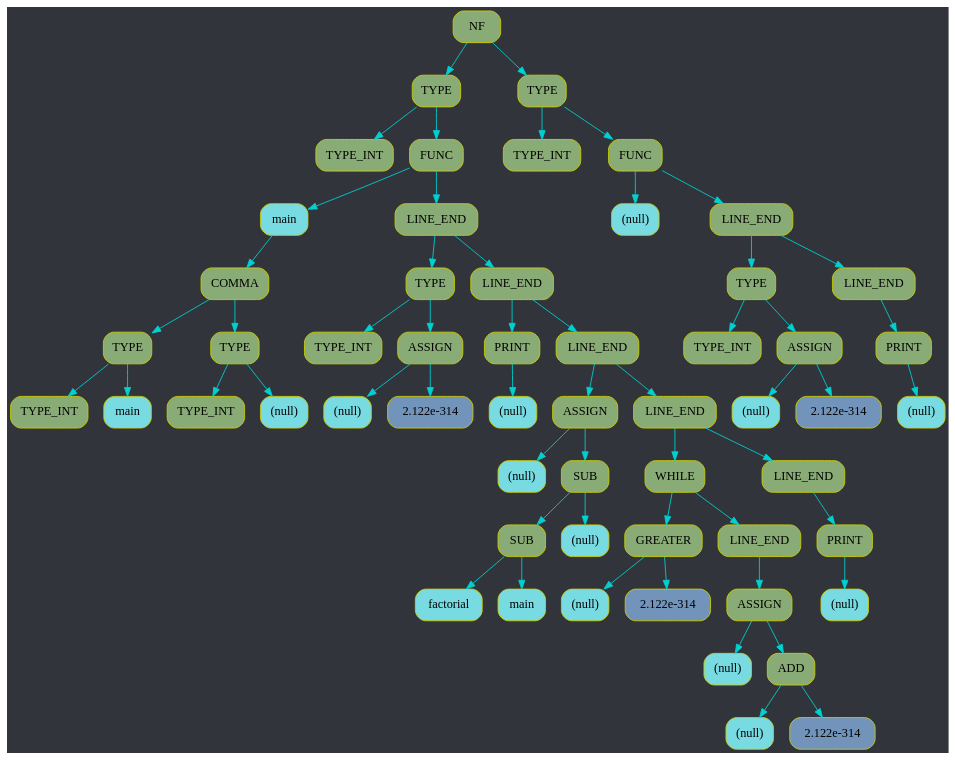
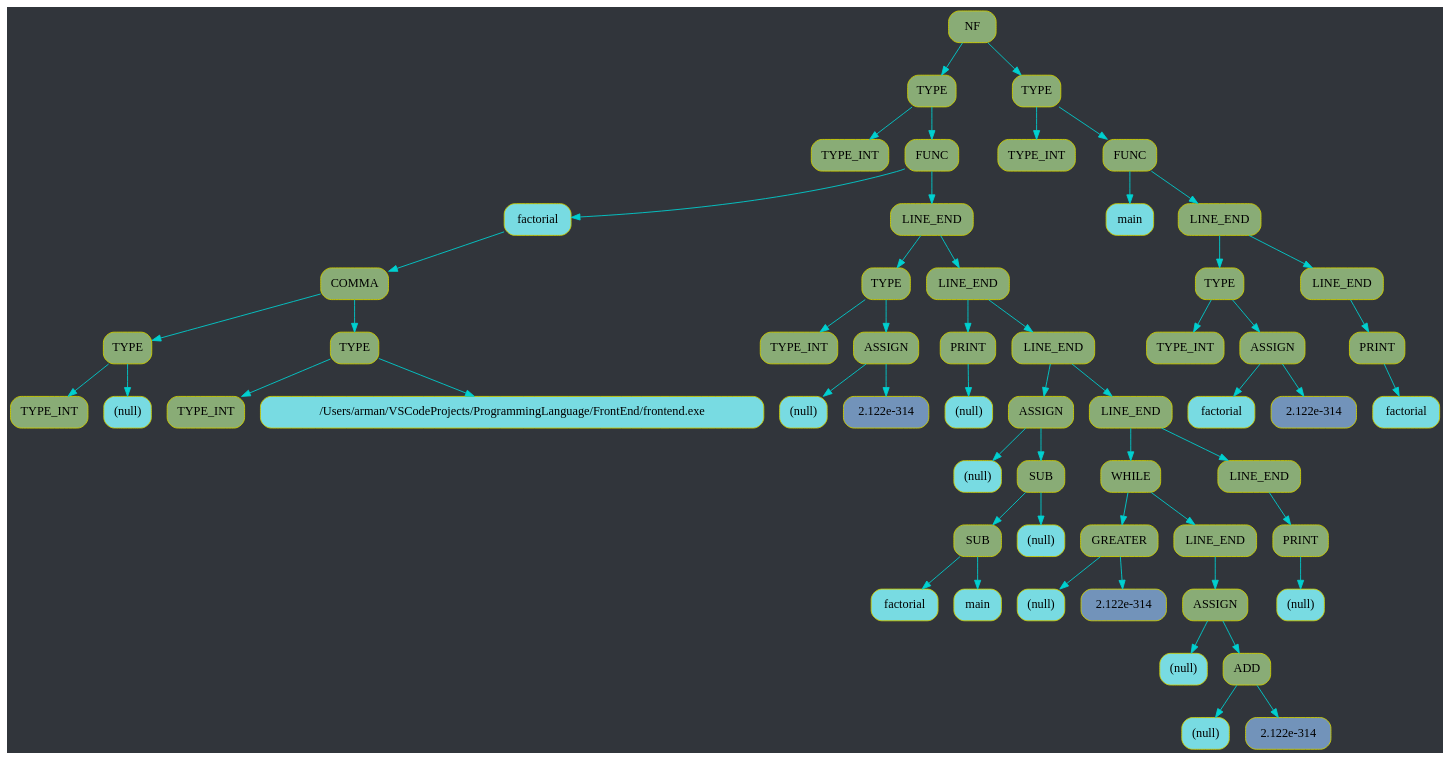
The diagram in FrontEnd/treeHandler.dot (d3clane/ProgrammingLanguage), drawn with Graphviz before and after one commit. The commit also changed 26 other files, not shown here.

```diff
--- a/FrontEnd/treeHandler.dot
+++ b/FrontEnd/treeHandler.dot
@@ -2,171 +2,171 @@
 rankdir=TB;
 graph [bgcolor="#31353b"];
 edge[color="#00D0D0"];
-node0x1456164b0[shape=Mrecord, style=filled, fillcolor="#89AC76", label = "NF", color = "#D0D000"];
-node0x1456162c0[shape=Mrecord, style=filled, fillcolor="#89AC76", label = "TYPE", color = "#D0D000"];
-node0x145615cd0[shape=Mrecord, style=filled, fillcolor="#89AC76", label = "TYPE_INT", color = "#D0D000"];
-node0x145615d20[shape=Mrecord, style=filled, fillcolor="#89AC76", label = "FUNC", color = "#D0D000"];
-node0x145615d00[shape=Mrecord, style=filled, fillcolor="#78DBE2", label = "main", color = "#D0D000"];
-node0x145615e20[shape=Mrecord, style=filled, fillcolor="#89AC76", label = "COMMA", color = "#D0D000"];
-node0x145615d90[shape=Mrecord, style=filled, fillcolor="#89AC76", label = "TYPE", color = "#D0D000"];
-node0x145615d40[shape=Mrecord, style=filled, fillcolor="#89AC76", label = "TYPE_INT", color = "#D0D000"];
-node0x145615d70[shape=Mrecord, style=filled, fillcolor="#78DBE2", label = "main", color = "#D0D000"];
-node0x145615e00[shape=Mrecord, style=filled, fillcolor="#89AC76", label = "TYPE", color = "#D0D000"];
-node0x145615db0[shape=Mrecord, style=filled, fillcolor="#89AC76", label = "TYPE_INT", color = "#D0D000"];
-node0x145615de0[shape=Mrecord, style=filled, fillcolor="#78DBE2", label = "(null)", color = "#D0D000"];
-node0x145615e40[shape=Mrecord, style=filled, fillcolor="#89AC76", label = "LINE_END", color = "#D0D000"];
-node0x145615ef0[shape=Mrecord, style=filled, fillcolor="#89AC76", label = "TYPE", color = "#D0D000"];
-node0x145615e60[shape=Mrecord, style=filled, fillcolor="#89AC76", label = "TYPE_INT", color = "#D0D000"];
-node0x145615ed0[shape=Mrecord, style=filled, fillcolor="#89AC76", label = "ASSIGN", color = "#D0D000"];
-node0x145615e90[shape=Mrecord, style=filled, fillcolor="#78DBE2", label = "(null)", color = "#D0D000"];
-node0x145615eb0[shape=Mrecord, style=filled, fillcolor="#7293ba", label = "2.122e-314", color = "#D0D000"];
-node0x145615f10[shape=Mrecord, style=filled, fillcolor="#89AC76", label = "LINE_END", color = "#D0D000"];
-node0x145615f60[shape=Mrecord, style=filled, fillcolor="#89AC76", label = "PRINT", color = "#D0D000"];
-node0x145615f40[shape=Mrecord, style=filled, fillcolor="#78DBE2", label = "(null)", color = "#D0D000"];
-node0x145615f80[shape=Mrecord, style=filled, fillcolor="#89AC76", label = "LINE_END", color = "#D0D000"];
-node0x1456160a0[shape=Mrecord, style=filled, fillcolor="#89AC76", label = "ASSIGN", color = "#D0D000"];
-node0x145615fb0[shape=Mrecord, style=filled, fillcolor="#78DBE2", label = "(null)", color = "#D0D000"];
-node0x145616080[shape=Mrecord, style=filled, fillcolor="#89AC76", label = "SUB", color = "#D0D000"];
-node0x145616030[shape=Mrecord, style=filled, fillcolor="#89AC76", label = "SUB", color = "#D0D000"];
-node0x145615fe0[shape=Mrecord, style=filled, fillcolor="#78DBE2", label = "factorial", color = "#D0D000"];
-node0x145616010[shape=Mrecord, style=filled, fillcolor="#78DBE2", label = "main", color = "#D0D000"];
-node0x145616060[shape=Mrecord, style=filled, fillcolor="#78DBE2", label = "(null)", color = "#D0D000"];
-node0x1456160c0[shape=Mrecord, style=filled, fillcolor="#89AC76", label = "LINE_END", color = "#D0D000"];
-node0x145616230[shape=Mrecord, style=filled, fillcolor="#89AC76", label = "WHILE", color = "#D0D000"];
-node0x145616130[shape=Mrecord, style=filled, fillcolor="#89AC76", label = "GREATER", color = "#D0D000"];
-node0x1456160f0[shape=Mrecord, style=filled, fillcolor="#78DBE2", label = "(null)", color = "#D0D000"];
-node0x145616110[shape=Mrecord, style=filled, fillcolor="#7293ba", label = "2.122e-314", color = "#D0D000"];
-node0x145616150[shape=Mrecord, style=filled, fillcolor="#89AC76", label = "LINE_END", color = "#D0D000"];
-node0x145616210[shape=Mrecord, style=filled, fillcolor="#89AC76", label = "ASSIGN", color = "#D0D000"];
-node0x145616180[shape=Mrecord, style=filled, fillcolor="#78DBE2", label = "(null)", color = "#D0D000"];
-node0x1456161f0[shape=Mrecord, style=filled, fillcolor="#89AC76", label = "ADD", color = "#D0D000"];
-node0x1456161b0[shape=Mrecord, style=filled, fillcolor="#78DBE2", label = "(null)", color = "#D0D000"];
-node0x1456161d0[shape=Mrecord, style=filled, fillcolor="#7293ba", label = "2.122e-314", color = "#D0D000"];
-node0x145616250[shape=Mrecord, style=filled, fillcolor="#89AC76", label = "LINE_END", color = "#D0D000"];
-node0x1456162a0[shape=Mrecord, style=filled, fillcolor="#89AC76", label = "PRINT", color = "#D0D000"];
-node0x145616280[shape=Mrecord, style=filled, fillcolor="#78DBE2", label = "(null)", color = "#D0D000"];
-node0x145616490[shape=Mrecord, style=filled, fillcolor="#89AC76", label = "TYPE", color = "#D0D000"];
-node0x1456162e0[shape=Mrecord, style=filled, fillcolor="#89AC76", label = "TYPE_INT", color = "#D0D000"];
-node0x145616330[shape=Mrecord, style=filled, fillcolor="#89AC76", label = "FUNC", color = "#D0D000"];
-node0x145616310[shape=Mrecord, style=filled, fillcolor="#78DBE2", label = "(null)", color = "#D0D000"];
-node0x145616350[shape=Mrecord, style=filled, fillcolor="#89AC76", label = "LINE_END", color = "#D0D000"];
-node0x145616400[shape=Mrecord, style=filled, fillcolor="#89AC76", label = "TYPE", color = "#D0D000"];
-node0x145616370[shape=Mrecord, style=filled, fillcolor="#89AC76", label = "TYPE_INT", color = "#D0D000"];
-node0x1456163e0[shape=Mrecord, style=filled, fillcolor="#89AC76", label = "ASSIGN", color = "#D0D000"];
-node0x1456163a0[shape=Mrecord, style=filled, fillcolor="#78DBE2", label = "(null)", color = "#D0D000"];
-node0x1456163c0[shape=Mrecord, style=filled, fillcolor="#7293ba", label = "2.122e-314", color = "#D0D000"];
-node0x145616420[shape=Mrecord, style=filled, fillcolor="#89AC76", label = "LINE_END", color = "#D0D000"];
-node0x145616470[shape=Mrecord, style=filled, fillcolor="#89AC76", label = "PRINT", color = "#D0D000"];
-node0x145616450[shape=Mrecord, style=filled, fillcolor="#78DBE2", label = "(null)", color = "#D0D000"];
-node0x1456164b0;
-node0x1456164b0->node0x1456162c0;
-node0x1456162c0->node0x145615cd0;
+node0x154616380[shape=Mrecord, style=filled, fillcolor="#89AC76", label = "NF", color = "#D0D000"];
+node0x154616190[shape=Mrecord, style=filled, fillcolor="#89AC76", label = "TYPE", color = "#D0D000"];
+node0x154615ba0[shape=Mrecord, style=filled, fillcolor="#89AC76", label = "TYPE_INT", color = "#D0D000"];
+node0x154615bf0[shape=Mrecord, style=filled, fillcolor="#89AC76", label = "FUNC", color = "#D0D000"];
+node0x154615bd0[shape=Mrecord, style=filled, fillcolor="#78DBE2", label = "factorial", color = "#D0D000"];
+node0x154615cf0[shape=Mrecord, style=filled, fillcolor="#89AC76", label = "COMMA", color = "#D0D000"];
+node0x154615c60[shape=Mrecord, style=filled, fillcolor="#89AC76", label = "TYPE", color = "#D0D000"];
+node0x154615c10[shape=Mrecord, style=filled, fillcolor="#89AC76", label = "TYPE_INT", color = "#D0D000"];
+node0x154615c40[shape=Mrecord, style=filled, fillcolor="#78DBE2", label = "(null)", color = "#D0D000"];
+node0x154615cd0[shape=Mrecord, style=filled, fillcolor="#89AC76", label = "TYPE", color = "#D0D000"];
+node0x154615c80[shape=Mrecord, style=filled, fillcolor="#89AC76", label = "TYPE_INT", color = "#D0D000"];
+node0x154615cb0[shape=Mrecord, style=filled, fillcolor="#78DBE2", label = "/Users/arman/VSCodeProjects/ProgrammingLanguage/FrontEnd/frontend.exe", color = "#D0D000"];
+node0x154615d10[shape=Mrecord, style=filled, fillcolor="#89AC76", label = "LINE_END", color = "#D0D000"];
+node0x154615dc0[shape=Mrecord, style=filled, fillcolor="#89AC76", label = "TYPE", color = "#D0D000"];
+node0x154615d30[shape=Mrecord, style=filled, fillcolor="#89AC76", label = "TYPE_INT", color = "#D0D000"];
+node0x154615da0[shape=Mrecord, style=filled, fillcolor="#89AC76", label = "ASSIGN", color = "#D0D000"];
+node0x154615d60[shape=Mrecord, style=filled, fillcolor="#78DBE2", label = "(null)", color = "#D0D000"];
+node0x154615d80[shape=Mrecord, style=filled, fillcolor="#7293ba", label = "2.122e-314", color = "#D0D000"];
+node0x154615de0[shape=Mrecord, style=filled, fillcolor="#89AC76", label = "LINE_END", color = "#D0D000"];
+node0x154615e30[shape=Mrecord, style=filled, fillcolor="#89AC76", label = "PRINT", color = "#D0D000"];
+node0x154615e10[shape=Mrecord, style=filled, fillcolor="#78DBE2", label = "(null)", color = "#D0D000"];
+node0x154615e50[shape=Mrecord, style=filled, fillcolor="#89AC76", label = "LINE_END", color = "#D0D000"];
+node0x154615f70[shape=Mrecord, style=filled, fillcolor="#89AC76", label = "ASSIGN", color = "#D0D000"];
+node0x154615e80[shape=Mrecord, style=filled, fillcolor="#78DBE2", label = "(null)", color = "#D0D000"];
+node0x154615f50[shape=Mrecord, style=filled, fillcolor="#89AC76", label = "SUB", color = "#D0D000"];
+node0x154615f00[shape=Mrecord, style=filled, fillcolor="#89AC76", label = "SUB", color = "#D0D000"];
+node0x154615eb0[shape=Mrecord, style=filled, fillcolor="#78DBE2", label = "factorial", color = "#D0D000"];
+node0x154615ee0[shape=Mrecord, style=filled, fillcolor="#78DBE2", label = "main", color = "#D0D000"];
+node0x154615f30[shape=Mrecord, style=filled, fillcolor="#78DBE2", label = "(null)", color = "#D0D000"];
+node0x154615f90[shape=Mrecord, style=filled, fillcolor="#89AC76", label = "LINE_END", color = "#D0D000"];
+node0x154616100[shape=Mrecord, style=filled, fillcolor="#89AC76", label = "WHILE", color = "#D0D000"];
+node0x154616000[shape=Mrecord, style=filled, fillcolor="#89AC76", label = "GREATER", color = "#D0D000"];
+node0x154615fc0[shape=Mrecord, style=filled, fillcolor="#78DBE2", label = "(null)", color = "#D0D000"];
+node0x154615fe0[shape=Mrecord, style=filled, fillcolor="#7293ba", label = "2.122e-314", color = "#D0D000"];
+node0x154616020[shape=Mrecord, style=filled, fillcolor="#89AC76", label = "LINE_END", color = "#D0D000"];
+node0x1546160e0[shape=Mrecord, style=filled, fillcolor="#89AC76", label = "ASSIGN", color = "#D0D000"];
+node0x154616050[shape=Mrecord, style=filled, fillcolor="#78DBE2", label = "(null)", color = "#D0D000"];
+node0x1546160c0[shape=Mrecord, style=filled, fillcolor="#89AC76", label = "ADD", color = "#D0D000"];
+node0x154616080[shape=Mrecord, style=filled, fillcolor="#78DBE2", label = "(null)", color = "#D0D000"];
+node0x1546160a0[shape=Mrecord, style=filled, fillcolor="#7293ba", label = "2.122e-314", color = "#D0D000"];
+node0x154616120[shape=Mrecord, style=filled, fillcolor="#89AC76", label = "LINE_END", color = "#D0D000"];
+node0x154616170[shape=Mrecord, style=filled, fillcolor="#89AC76", label = "PRINT", color = "#D0D000"];
+node0x154616150[shape=Mrecord, style=filled, fillcolor="#78DBE2", label = "(null)", color = "#D0D000"];
+node0x154616360[shape=Mrecord, style=filled, fillcolor="#89AC76", label = "TYPE", color = "#D0D000"];
+node0x1546161b0[shape=Mrecord, style=filled, fillcolor="#89AC76", label = "TYPE_INT", color = "#D0D000"];
+node0x154616200[shape=Mrecord, style=filled, fillcolor="#89AC76", label = "FUNC", color = "#D0D000"];
+node0x1546161e0[shape=Mrecord, style=filled, fillcolor="#78DBE2", label = "main", color = "#D0D000"];
+node0x154616220[shape=Mrecord, style=filled, fillcolor="#89AC76", label = "LINE_END", color = "#D0D000"];
+node0x1546162d0[shape=Mrecord, style=filled, fillcolor="#89AC76", label = "TYPE", color = "#D0D000"];
+node0x154616240[shape=Mrecord, style=filled, fillcolor="#89AC76", label = "TYPE_INT", color = "#D0D000"];
+node0x1546162b0[shape=Mrecord, style=filled, fillcolor="#89AC76", label = "ASSIGN", color = "#D0D000"];
+node0x154616270[shape=Mrecord, style=filled, fillcolor="#78DBE2", label = "factorial", color = "#D0D000"];
+node0x154616290[shape=Mrecord, style=filled, fillcolor="#7293ba", label = "2.122e-314", color = "#D0D000"];
+node0x1546162f0[shape=Mrecord, style=filled, fillcolor="#89AC76", label = "LINE_END", color = "#D0D000"];
+node0x154616340[shape=Mrecord, style=filled, fillcolor="#89AC76", label = "PRINT", color = "#D0D000"];
+node0x154616320[shape=Mrecord, style=filled, fillcolor="#78DBE2", label = "factorial", color = "#D0D000"];
+node0x154616380;
+node0x154616380->node0x154616190;
+node0x154616190->node0x154615ba0;
 
 
-node0x1456162c0->node0x145615d20;
-node0x145615d20->node0x145615d00;
-node0x145615d00->node0x145615e20;
-node0x145615e20->node0x145615d90;
-node0x145615d90->node0x145615d40;
+node0x154616190->node0x154615bf0;
+node0x154615bf0->node0x154615bd0;
+node0x154615bd0->node0x154615cf0;
+node0x154615cf0->node0x154615c60;
+node0x154615c60->node0x154615c10;
 
 
-node0x145615d90->node0x145615d70;
+node0x154615c60->node0x154615c40;
 
 
-node0x145615e20->node0x145615e00;
-node0x145615e00->node0x145615db0;
+node0x154615cf0->node0x154615cd0;
+node0x154615cd0->node0x154615c80;
 
 
-node0x145615e00->node0x145615de0;
+node0x154615cd0->node0x154615cb0;
 
 
 
-node0x145615d20->node0x145615e40;
-node0x145615e40->node0x145615ef0;
-node0x145615ef0->node0x145615e60;
+node0x154615bf0->node0x154615d10;
+node0x154615d10->node0x154615dc0;
+node0x154615dc0->node0x154615d30;
 
 
-node0x145615ef0->node0x145615ed0;
-node0x145615ed0->node0x145615e90;
+node0x154615dc0->node0x154615da0;
+node0x154615da0->node0x154615d60;
 
 
-node0x145615ed0->node0x145615eb0;
+node0x154615da0->node0x154615d80;
 
 
-node0x145615e40->node0x145615f10;
-node0x145615f10->node0x145615f60;
-node0x145615f60->node0x145615f40;
+node0x154615d10->node0x154615de0;
+node0x154615de0->node0x154615e30;
+node0x154615e30->node0x154615e10;
 
 
 
-node0x145615f10->node0x145615f80;
-node0x145615f80->node0x1456160a0;
-node0x1456160a0->node0x145615fb0;
+node0x154615de0->node0x154615e50;
+node0x154615e50->node0x154615f70;
+node0x154615f70->node0x154615e80;
 
 
-node0x1456160a0->node0x145616080;
-node0x145616080->node0x145616030;
-node0x145616030->node0x145615fe0;
+node0x154615f70->node0x154615f50;
+node0x154615f50->node0x154615f00;
+node0x154615f00->node0x154615eb0;
 
 
-node0x145616030->node0x145616010;
+node0x154615f00->node0x154615ee0;
 
 
-node0x145616080->node0x145616060;
+node0x154615f50->node0x154615f30;
 
 
-node0x145615f80->node0x1456160c0;
-node0x1456160c0->node0x145616230;
-node0x145616230->node0x145616130;
-node0x145616130->node0x1456160f0;
+node0x154615e50->node0x154615f90;
+node0x154615f90->node0x154616100;
+node0x154616100->node0x154616000;
+node0x154616000->node0x154615fc0;
 
 
-node0x145616130->node0x145616110;
+node0x154616000->node0x154615fe0;
 
 
-node0x145616230->node0x145616150;
-node0x145616150->node0x145616210;
-node0x145616210->node0x145616180;
+node0x154616100->node0x154616020;
+node0x154616020->node0x1546160e0;
+node0x1546160e0->node0x154616050;
 
 
-node0x145616210->node0x1456161f0;
-node0x1456161f0->node0x1456161b0;
+node0x1546160e0->node0x1546160c0;
+node0x1546160c0->node0x154616080;
 
 
-node0x1456161f0->node0x1456161d0;
+node0x1546160c0->node0x1546160a0;
 
 
 
-node0x1456160c0->node0x145616250;
-node0x145616250->node0x1456162a0;
-node0x1456162a0->node0x145616280;
+node0x154615f90->node0x154616120;
+node0x154616120->node0x154616170;
+node0x154616170->node0x154616150;
 
 
 
 
-node0x1456164b0->node0x145616490;
-node0x145616490->node0x1456162e0;
+node0x154616380->node0x154616360;
+node0x154616360->node0x1546161b0;
 
 
-node0x145616490->node0x145616330;
-node0x145616330->node0x145616310;
+node0x154616360->node0x154616200;
+node0x154616200->node0x1546161e0;
 
 
-node0x145616330->node0x145616350;
-node0x145616350->node0x145616400;
-node0x145616400->node0x145616370;
+node0x154616200->node0x154616220;
+node0x154616220->node0x1546162d0;
+node0x1546162d0->node0x154616240;
 
 
-node0x145616400->node0x1456163e0;
-node0x1456163e0->node0x1456163a0;
+node0x1546162d0->node0x1546162b0;
+node0x1546162b0->node0x154616270;
 
 
-node0x1456163e0->node0x1456163c0;
+node0x1546162b0->node0x154616290;
 
 
-node0x145616350->node0x145616420;
-node0x145616420->node0x145616470;
-node0x145616470->node0x145616450;
+node0x154616220->node0x1546162f0;
+node0x1546162f0->node0x154616340;
+node0x154616340->node0x154616320;
 
 
 
```
